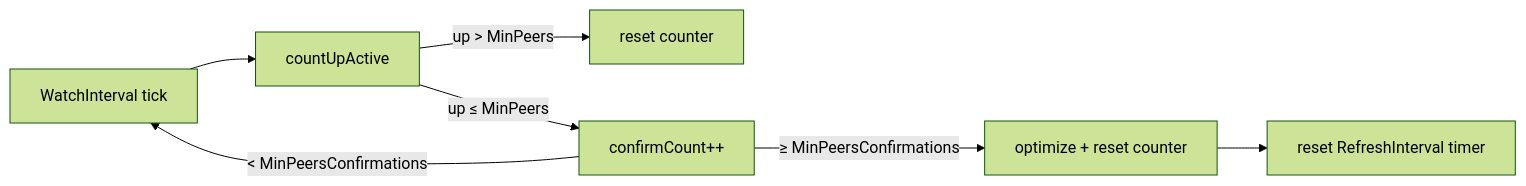
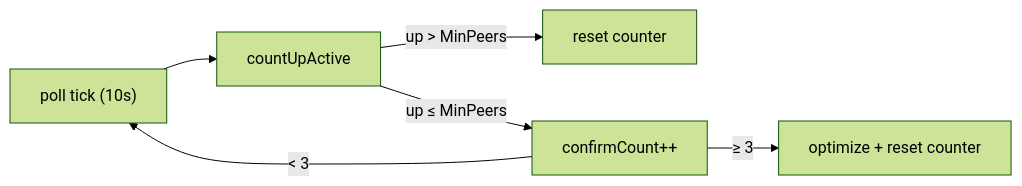
The third of 3 diagrams in mod/peermgr/README.md (voluminor/ratatoskr), drawn with Mermaid (forest theme) before and after one commit. The commit also changed other lines of this file and 126 other files, not shown here.

````diff
--- a/mod/peermgr/README.md
+++ b/mod/peermgr/README.md
@@ -159,9 +172,8 @@
 ```mermaid
 flowchart LR
-  Tick["WatchInterval tick"] --> Count["countUpActive"]
+  Tick["poll tick (10s)"] --> Count["countUpActive"]
   Count -->|" up > MinPeers "| Reset["reset counter"]
   Count -->|" up ≤ MinPeers "| Inc["confirmCount++"]
-  Inc -->|" < MinPeersConfirmations "| Tick
-  Inc -->|" ≥ MinPeersConfirmations "| Trigger["optimize + reset counter"]
-  Trigger --> ResetRefresh["reset RefreshInterval timer"]
+  Inc -->|" < 3 "| Tick
+  Inc -->|" ≥ 3 "| Trigger["optimize + reset counter"]
 ```
````
